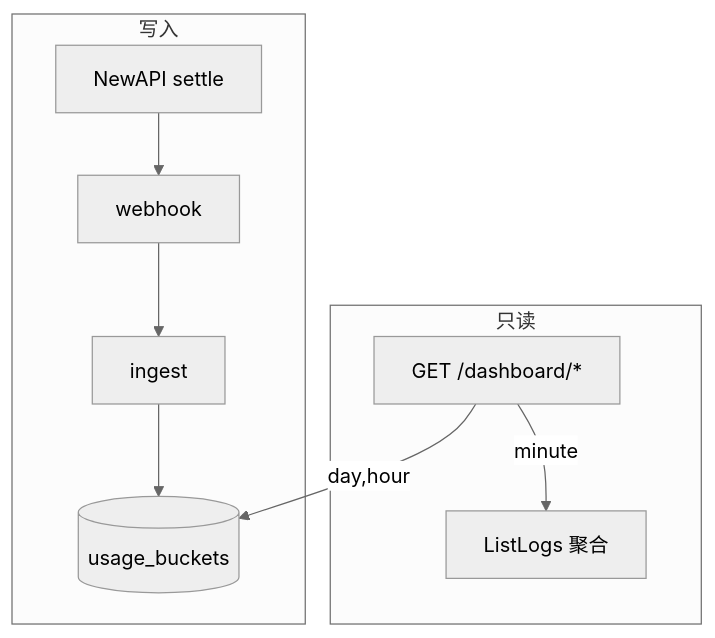
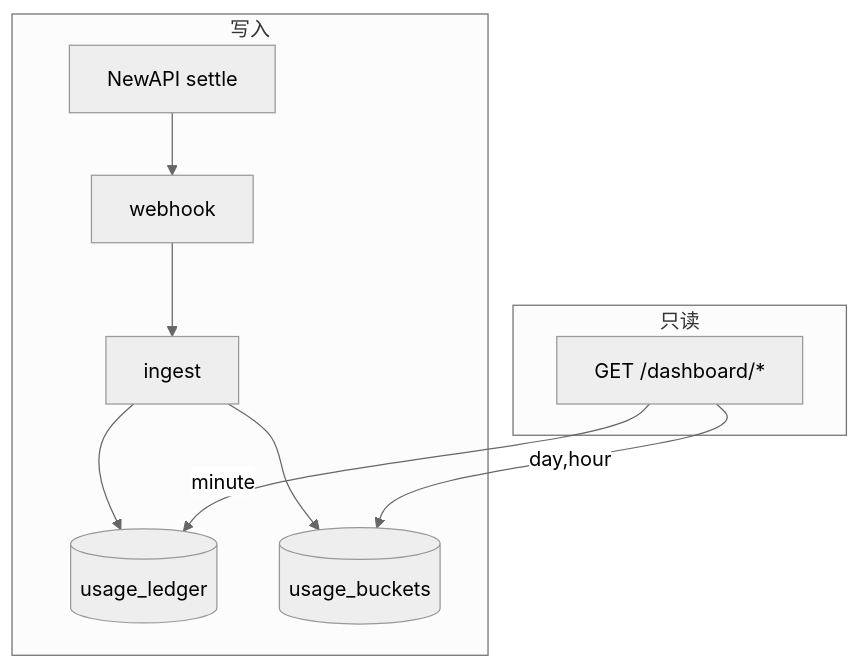
Before and after one commit to quyip8818/mytokenjoy: the diagram in docs/Backend-设计.md, drawn with Mermaid (neutral theme). The commit also changed other lines of this file and 108 other files, not shown here.

````diff
--- a/docs/Backend-设计.md
+++ b/docs/Backend-设计.md
@@ -177,11 +177,12 @@
 ```mermaid
 flowchart TB
   subgraph write [写入]
-    NA[NewAPI settle] --> WH[webhook] --> ING[ingest] --> UB[(usage_buckets)]
+    NA[NewAPI settle] --> WH[webhook] --> ING[ingest] --> UL[(usage_ledger)]
+    ING --> UB[(usage_buckets)]
   end
   subgraph read [只读]
     API["GET /dashboard/*"]
     API -->|day,hour| UB
-    API -->|minute| LOGS[ListLogs 聚合]
+    API -->|minute| UL
   end
 ```
````
